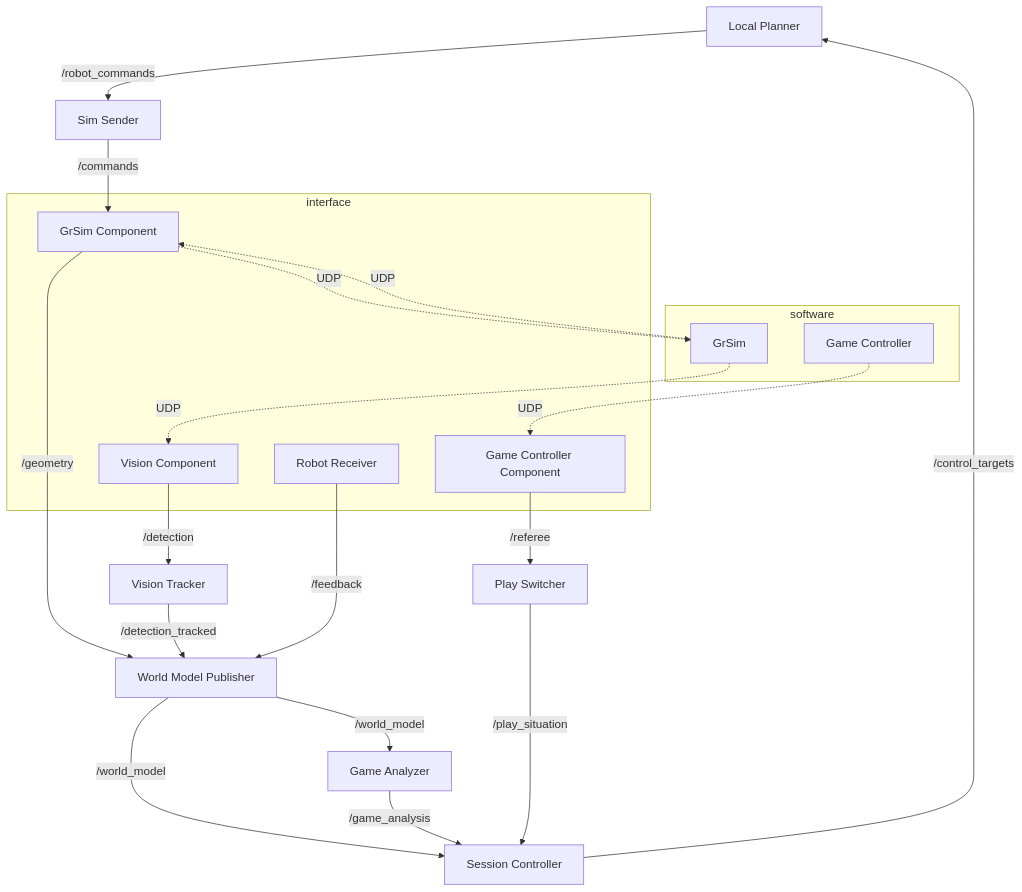
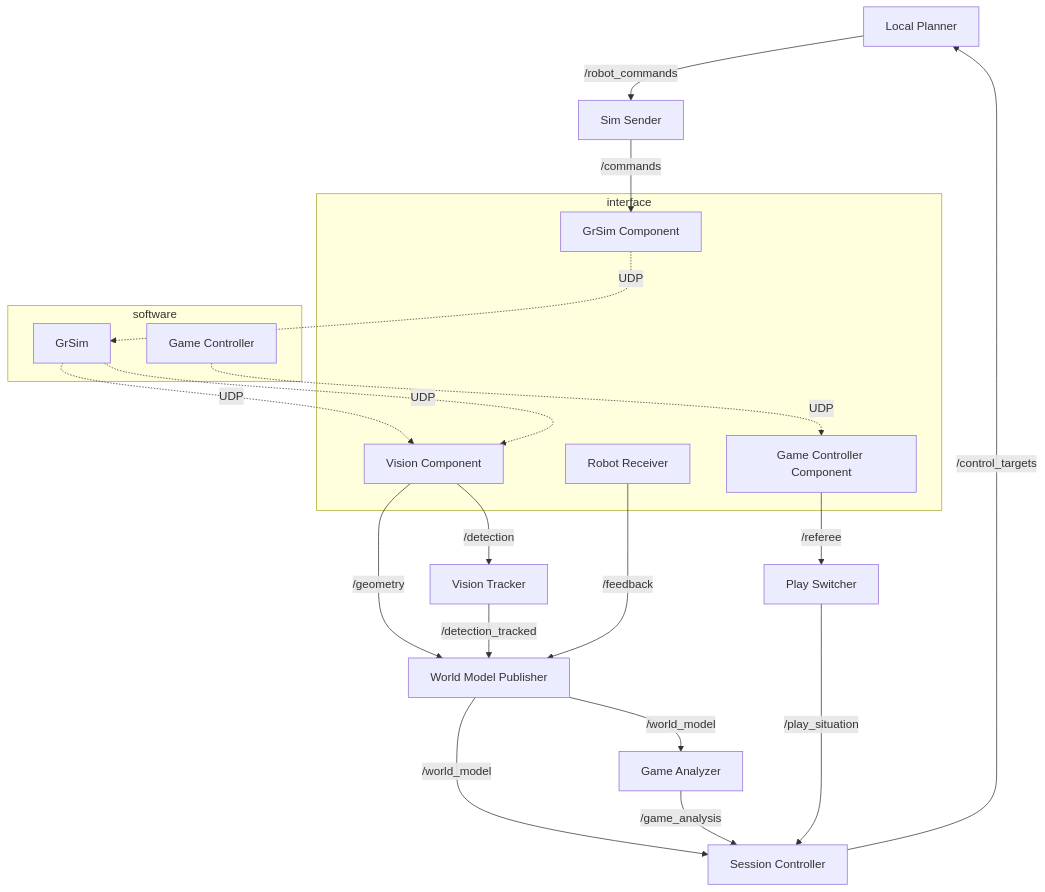
The first of 3 diagrams in docs/diagram.md (ibis-ssl/crane), drawn with Mermaid before and after one commit. The commit also changed other lines of this file, not shown here.

````diff
--- a/docs/diagram.md
+++ b/docs/diagram.md
@@ -3,49 +5,49 @@
 ```mermaid
 graph TD
     LP[Local Planner]
     PS[Play Switcher]
     GA[Game Analyzer]
 
     subgraph interface
         VC[Vision Component]
         GrC[GrSim Component]
         GCC[Game Controller Component]
         Receiver[Robot Receiver]
     end
 
     SC[Session Controller]
     SS[Sim Sender]
 
     VT[Vision Tracker]
     WP[World Model Publisher]
 
     subgraph software
         GrSim[GrSim]
         GC[Game Controller]
     end
 
     WP -- /world_model -->  SC
     WP -- /world_model -->  GA
     GA -- /game_analysis -->  SC
 
 
     GrC -. UDP .->  GrSim
 
-    GrSim -. UDP .->  GrC
-    GrC -- /geometry -->  WP
+    GrSim -. UDP .->  VC
+    VC -- /geometry -->  WP
 
     GrSim -. UDP .->  VC
 
 
     VC -- /detection -->  VT
     VT -- /detection_tracked -->  WP
 
     GC -. UDP .->  GCC
     GCC -- /referee -->  PS
     PS -- /play_situation --> SC
     SC -- /control_targets --> LP
     LP -- /robot_commands -->  SS
     SS -- /commands -->  GrC
 
     Receiver -- /feedback -->  WP
 ```
````
